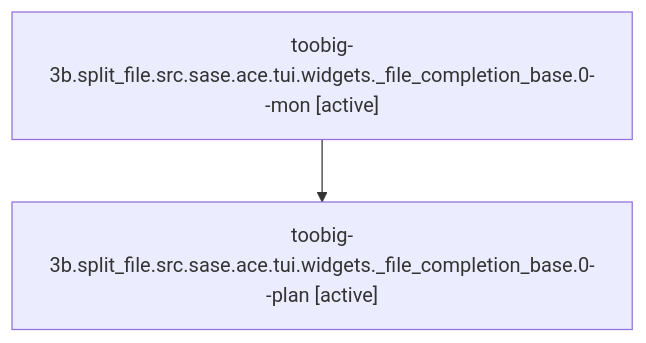
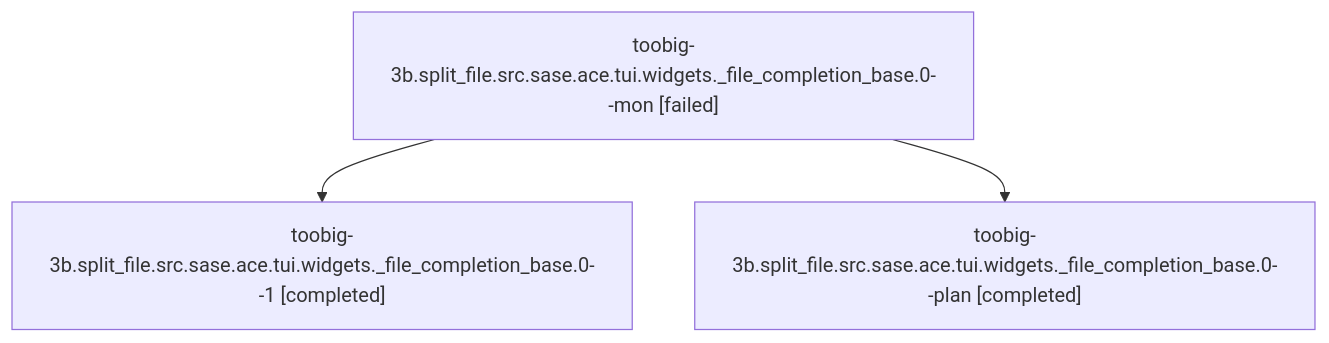
The diagram in families/bbugyi200.athena.toobig-3b.split_file.src.sase.ace.tui.widgets._file_completion_base.0.md (sase-org/sase--agents), drawn with Mermaid before and after one commit. The commit also changed other lines of this file and 28 other files, not shown here.

````diff
--- a/families/bbugyi200.athena.toobig-3b.split_file.src.sase.ace.tui.widgets._file_completion_base.0.md
+++ b/families/bbugyi200.athena.toobig-3b.split_file.src.sase.ace.tui.widgets._file_completion_base.0.md
@@ -9,6 +9,8 @@
 ```mermaid
 flowchart TD
-  n0["toobig-3b.split_file.src.sase.ace.tui.widgets._file_completion_base.0--mon [active]"]
-  n1["toobig-3b.split_file.src.sase.ace.tui.widgets._file_completion_base.0--plan [active]"]
+  n0["toobig-3b.split_file.src.sase.ace.tui.widgets._file_completion_base.0--mon [failed]"]
+  n1["toobig-3b.split_file.src.sase.ace.tui.widgets._file_completion_base.0--1 [completed]"]
   n0 --> n1
+  n2["toobig-3b.split_file.src.sase.ace.tui.widgets._file_completion_base.0--plan [completed]"]
+  n0 --> n2
 ```
````
